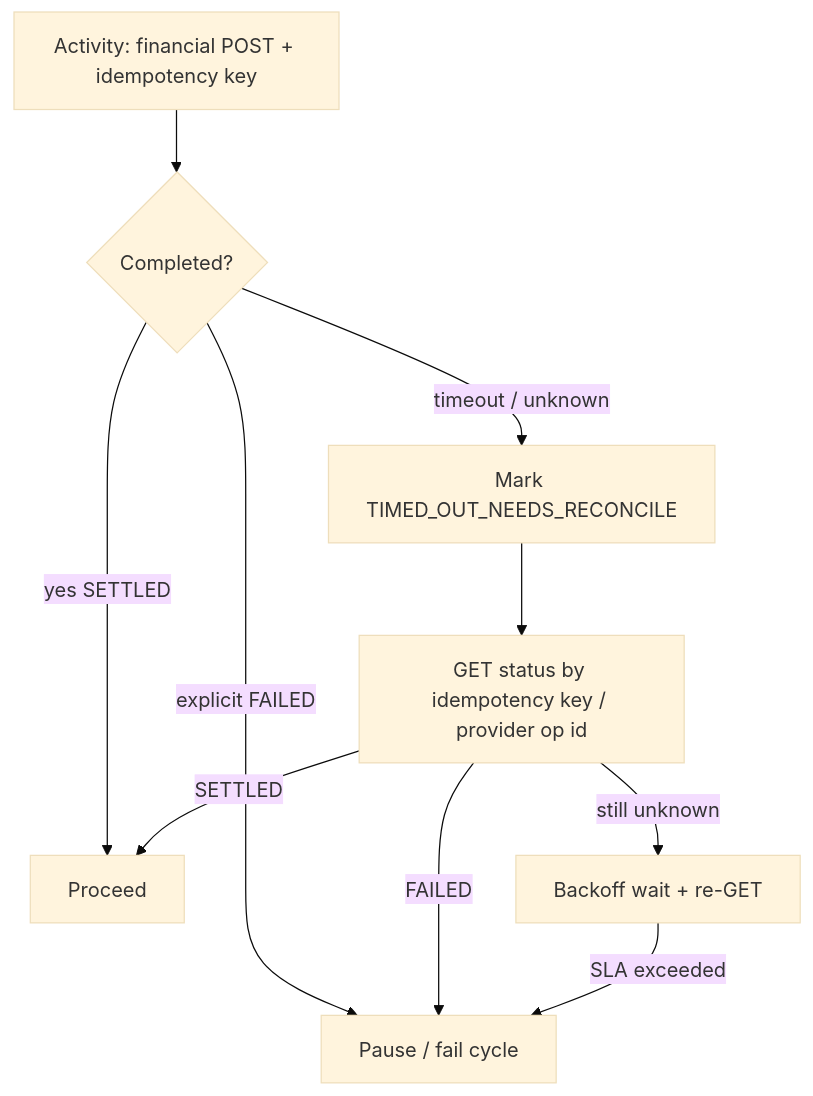
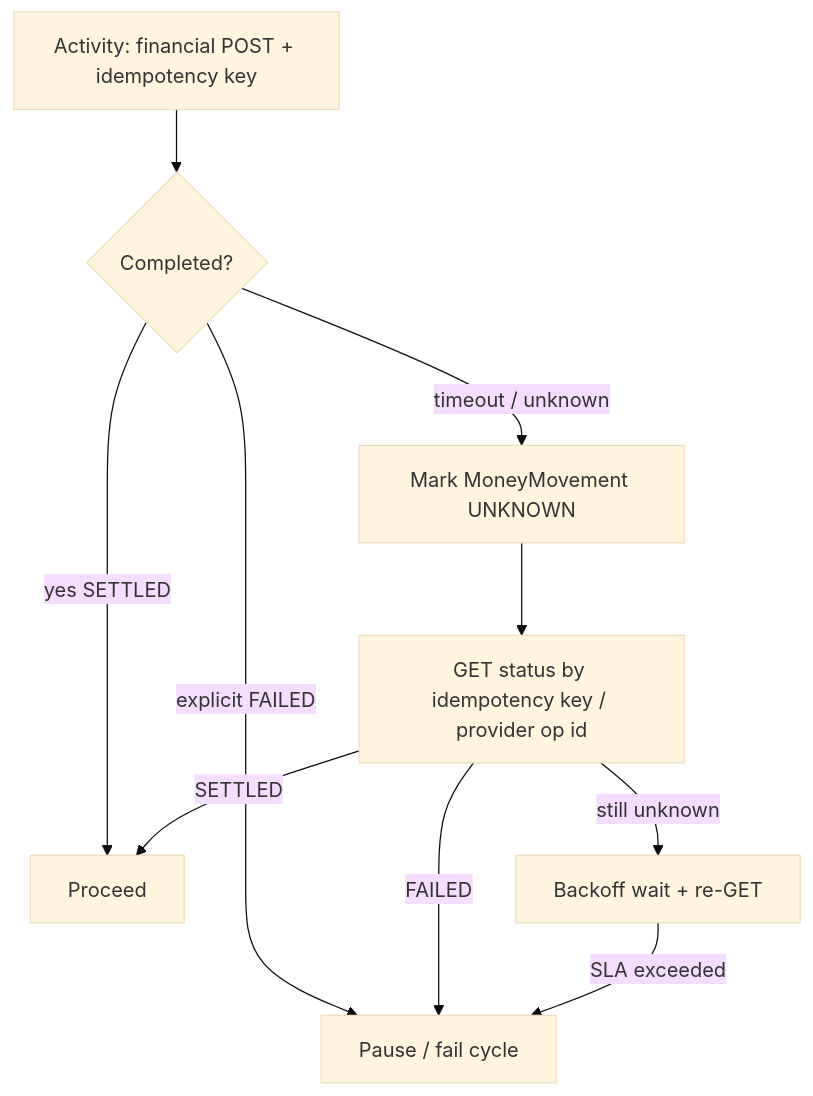
The first of 2 diagrams in docs/failure-model.md (gcjunior/-Canadian-Smith-Manoeuvre), drawn with Mermaid (base theme) before and after one commit. The commit also changed other lines of this file and 316 other files, not shown here.

````diff
--- a/docs/failure-model.md
+++ b/docs/failure-model.md
@@ -27,12 +27,12 @@
 ```mermaid
 flowchart TD
   A[Activity: financial POST + idempotency key] --> B{Completed?}
   B -->|yes SETTLED| C[Proceed]
   B -->|explicit FAILED| P[Pause / fail cycle]
-  B -->|timeout / unknown| R[Mark TIMED_OUT_NEEDS_RECONCILE]
+  B -->|timeout / unknown| R[Mark MoneyMovement UNKNOWN]
   R --> G[GET status by idempotency key / provider op id]
   G -->|SETTLED| C
   G -->|FAILED| P
   G -->|still unknown| W[Backoff wait + re-GET]
   W -->|SLA exceeded| P
 ```
````
